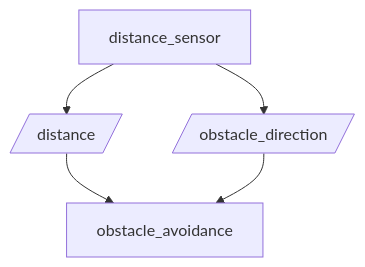
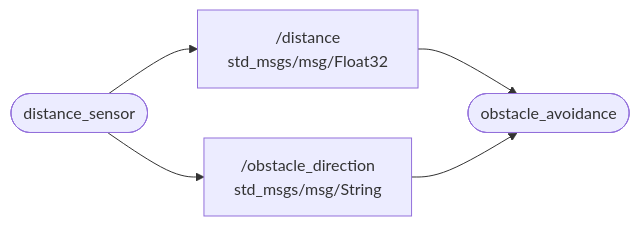
One commit to reb111/tom_x4u changed the diagram in README.md. Above: the diagram before and after it, drawn with Mermaid.

````diff
--- a/README.md
+++ b/README.md
@@ -39,12 +39,12 @@
 ```mermaid
-flowchart TD
-    A[distance_sensor]
-    B[/distance/]
-    C[/obstacle_direction/]
-    D[obstacle_avoidance]
+flowchart LR
+    A([distance_sensor])
+    B["/distance<br/>std_msgs/msg/Float32"]
+    C["/obstacle_direction<br/>std_msgs/msg/String"]
+    D([obstacle_avoidance])
 
     A --> B
     A --> C
     B --> D
     C --> D
 ```
````
